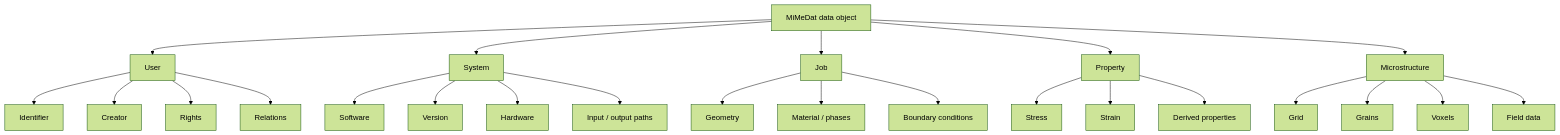
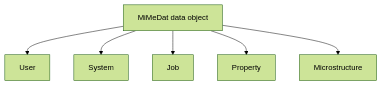
One commit to YousefRezek/MiMeDat changed the second of 4 diagrams in README.md. Above: the diagram before and after it, drawn with Mermaid (forest theme).

Commit message:
delete the second level keys

````diff
--- a/README.md
+++ b/README.md
@@ -64,33 +64,11 @@
 ```mermaid
 flowchart TB
     M[MiMeDat data object]
 
     M --> U[User]
     M --> S[System]
     M --> J[Job]
     M --> P[Property]
     M --> MS[Microstructure]
 
-    U --> U1[Identifier]
-    U --> U2[Creator]
-    U --> U3[Rights]
-    U --> U4[Relations]
-
-    S --> S1[Software]
-    S --> S2[Version]
-    S --> S3[Hardware]
-    S --> S4[Input / output paths]
-
-    J --> J1[Geometry]
-    J --> J2[Material / phases]
-    J --> J3[Boundary conditions]
-
-    P --> P1[Stress]
-    P --> P2[Strain]
-    P --> P3[Derived properties]
-
-    MS --> MS1[Grid]
-    MS --> MS2[Grains]
-    MS --> MS3[Voxels]
-    MS --> MS4[Field data]
 ```
````
